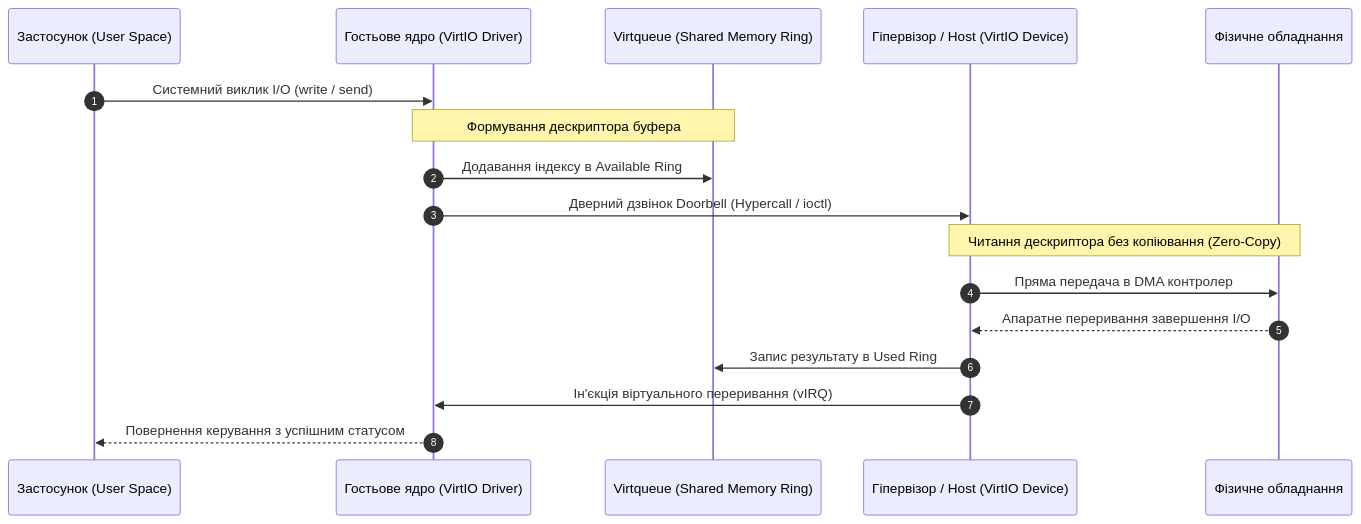
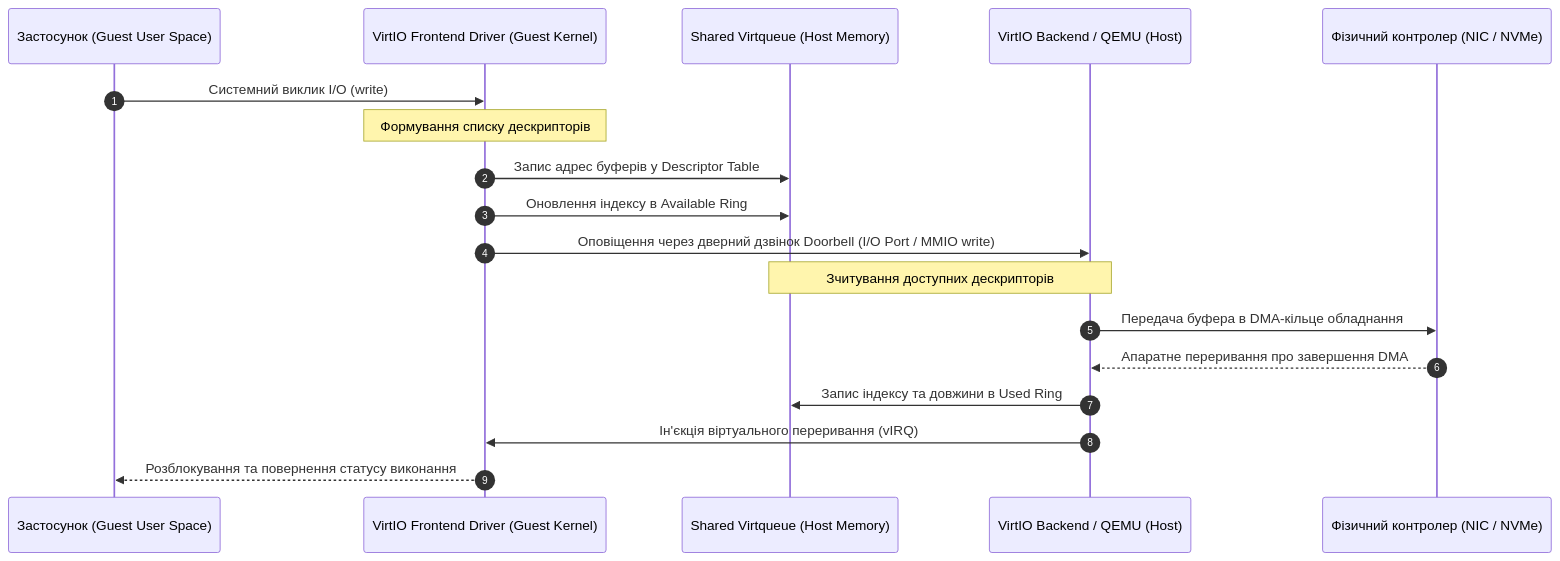
Before and after one commit to KyryloVadurin/cloud-technologies: the third of 5 diagrams in docs/lk/lk2.md, drawn with Mermaid. The commit also changed other lines of this file, not shown here.

````diff
--- a/docs/lk/lk2.md
+++ b/docs/lk/lk2.md
@@ -178,20 +258,21 @@
 ```mermaid
 sequenceDiagram
     autonumber
-    participant App as Застосунок (User Space)
-    participant Guest as Гостьове ядро (VirtIO Driver)
-    participant Ring as Virtqueue (Shared Memory Ring)
-    participant Hyp as Гіпервізор / Host (VirtIO Device)
-    participant HW as Фізичне обладнання
+    participant App as Застосунок (Guest User Space)
+    participant Front as VirtIO Frontend Driver (Guest Kernel)
+    participant VRing as Shared Virtqueue (Host Memory)
+    participant Back as VirtIO Backend / QEMU (Host)
+    participant Phys as Фізичний контролер (NIC / NVMe)
 
-    App->>Guest: Системний виклик I/O (write / send)
-    Note over Guest,Ring: Формування дескриптора буфера
-    Guest->>Ring: Додавання індексу в Available Ring
-    Guest->>Hyp: Дверний дзвінок Doorbell (Hypercall / ioctl)
-    Note over Hyp,HW: Читання дескриптора без копіювання (Zero-Copy)
-    Hyp->>HW: Пряма передача в DMA контролер
-    HW-->>Hyp: Апаратне переривання завершення I/O
-    Hyp->>Ring: Запис результату в Used Ring
-    Hyp->>Guest: Ін'єкція віртуального переривання (vIRQ)
-    Guest-->>App: Повернення керування з успішним статусом
+    App->>Front: Системний виклик I/O (write)
+    Note over Front: Формування списку дескрипторів
+    Front->>VRing: Запис адрес буферів у Descriptor Table
+    Front->>VRing: Оновлення індексу в Available Ring
+    Front->>Back: Оповіщення через дверний дзвінок Doorbell (I/O Port / MMIO write)
+    Note over Back,VRing: Зчитування доступних дескрипторів
+    Back->>Phys: Передача буфера в DMA-кільце обладнання
+    Phys-->>Back: Апаратне переривання про завершення DMA
+    Back->>VRing: Запис індексу та довжини в Used Ring
+    Back->>Front: Ін'єкція віртуального переривання (vIRQ)
+    Front-->>App: Розблокування та повернення статусу виконання
 ```
````
